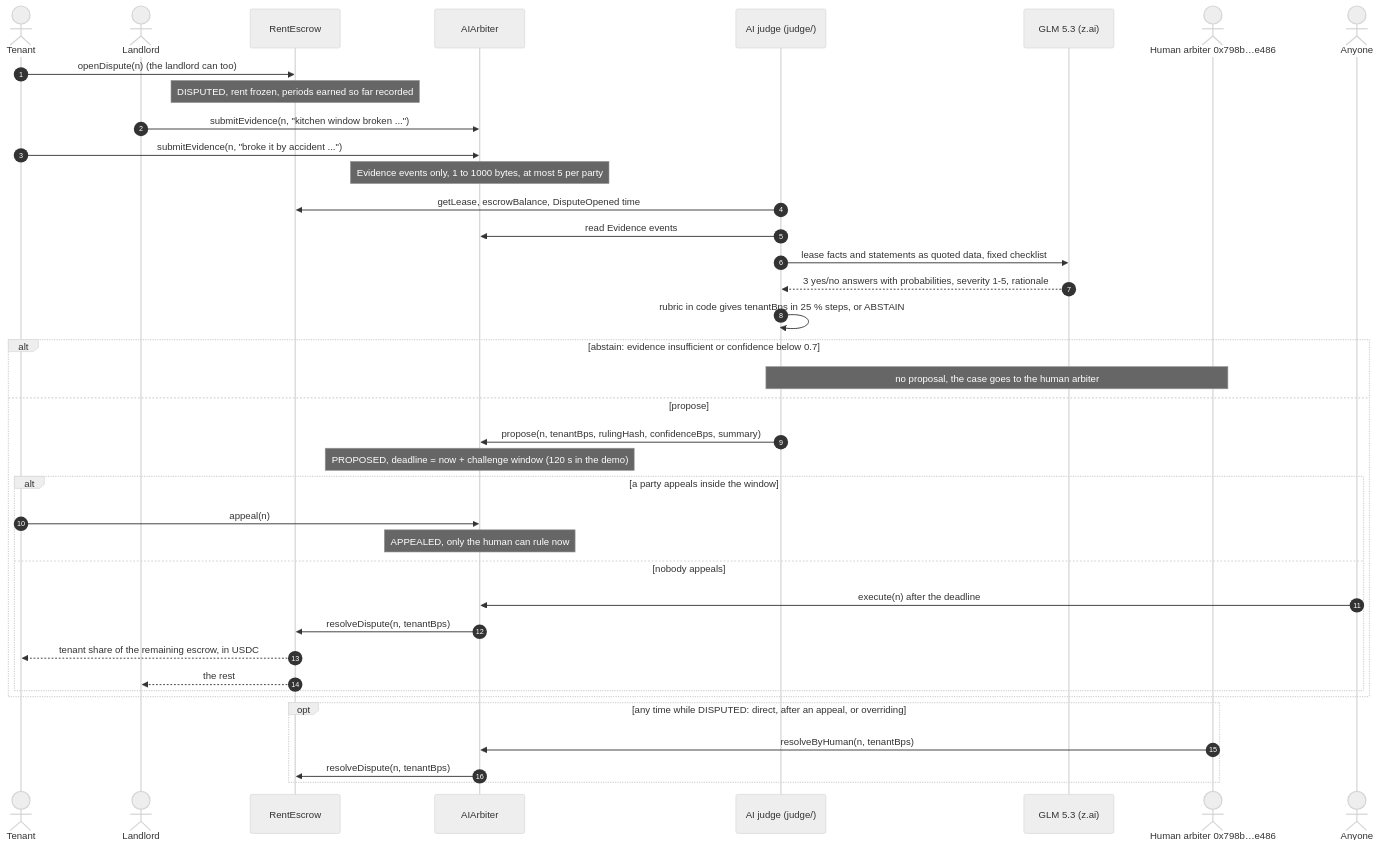
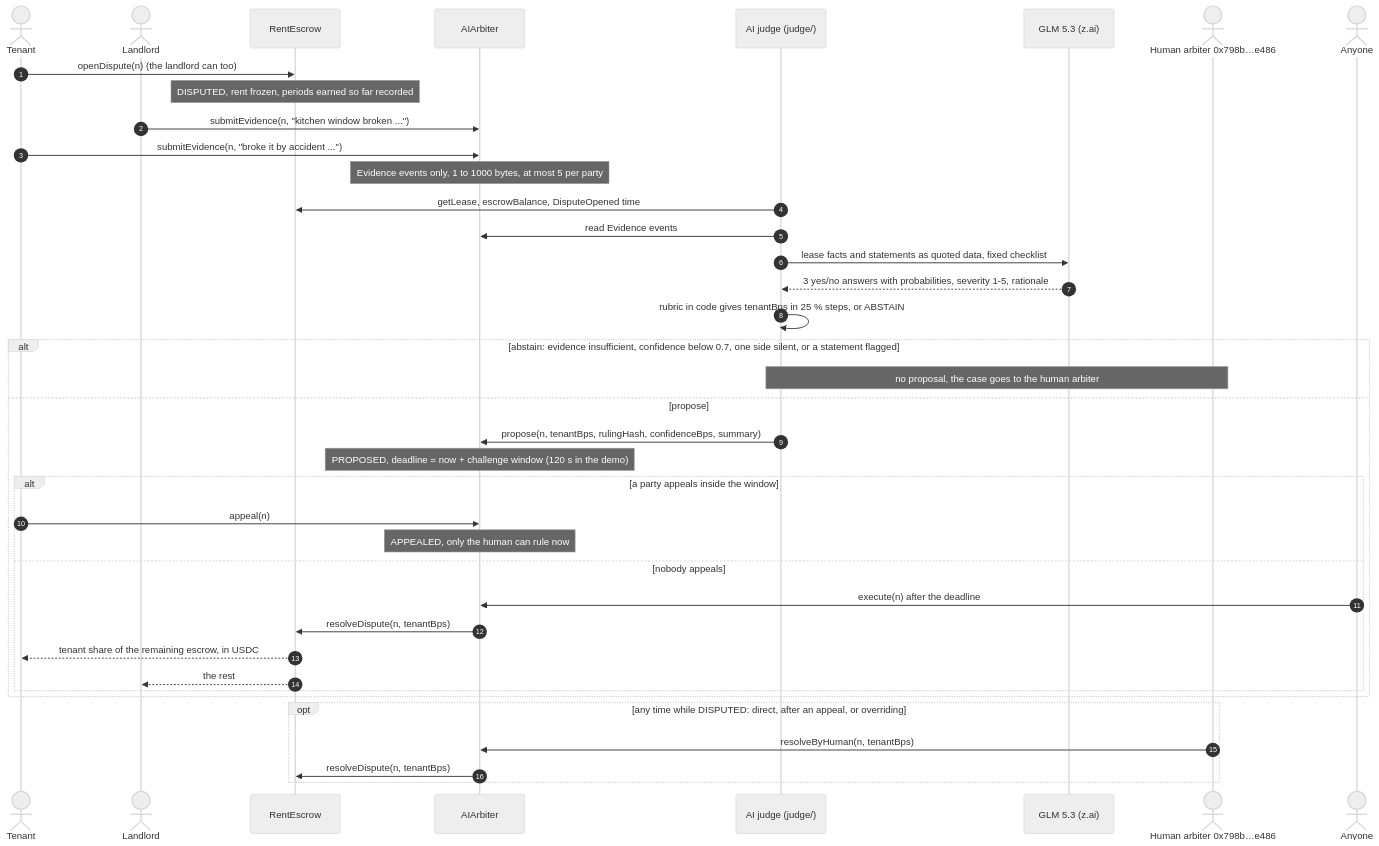
One commit to AiAlchemist0/rentouts-escrow changed the sixth of 11 diagrams in ARCHITECTURE.md. Above: the diagram before and after it, drawn with Mermaid (neutral theme). The commit also changed other lines of this file and 3 other files, not shown here.

````diff
--- a/ARCHITECTURE.md
+++ b/ARCHITECTURE.md
@@ -279,41 +279,41 @@
 ```mermaid
 sequenceDiagram
     autonumber
     actor T as Tenant
     actor L as Landlord
     participant RE as RentEscrow
     participant AIA as AIArbiter
     participant J as AI judge (judge/)
     participant M as GLM 5.3 (z.ai)
     actor H as Human arbiter 0x798b…e486
     actor K as Anyone
     T->>RE: openDispute(n) (the landlord can too)
     Note over RE: DISPUTED, rent frozen, periods earned so far recorded
     L->>AIA: submitEvidence(n, "kitchen window broken ...")
     T->>AIA: submitEvidence(n, "broke it by accident ...")
     Note over AIA: Evidence events only, 1 to 1000 bytes, at most 5 per party
     J->>RE: getLease, escrowBalance, DisputeOpened time
     J->>AIA: read Evidence events
     J->>M: lease facts and statements as quoted data, fixed checklist
     M-->>J: 3 yes/no answers with probabilities, severity 1-5, rationale
     J->>J: rubric in code gives tenantBps in 25 % steps, or ABSTAIN
-    alt abstain: evidence insufficient or confidence below 0.7
+    alt abstain: evidence insufficient, confidence below 0.7, one side silent, or a statement flagged
         Note over J,H: no proposal, the case goes to the human arbiter
     else propose
         J->>AIA: propose(n, tenantBps, rulingHash, confidenceBps, summary)
         Note over AIA: PROPOSED, deadline = now + challenge window (120 s in the demo)
         alt a party appeals inside the window
             T->>AIA: appeal(n)
             Note over AIA: APPEALED, only the human can rule now
         else nobody appeals
             K->>AIA: execute(n) after the deadline
             AIA->>RE: resolveDispute(n, tenantBps)
             RE-->>T: tenant share of the remaining escrow, in USDC
             RE-->>L: the rest
         end
     end
     opt any time while DISPUTED: direct, after an appeal, or overriding
         H->>AIA: resolveByHuman(n, tenantBps)
         AIA->>RE: resolveDispute(n, tenantBps)
     end
 ```
````
